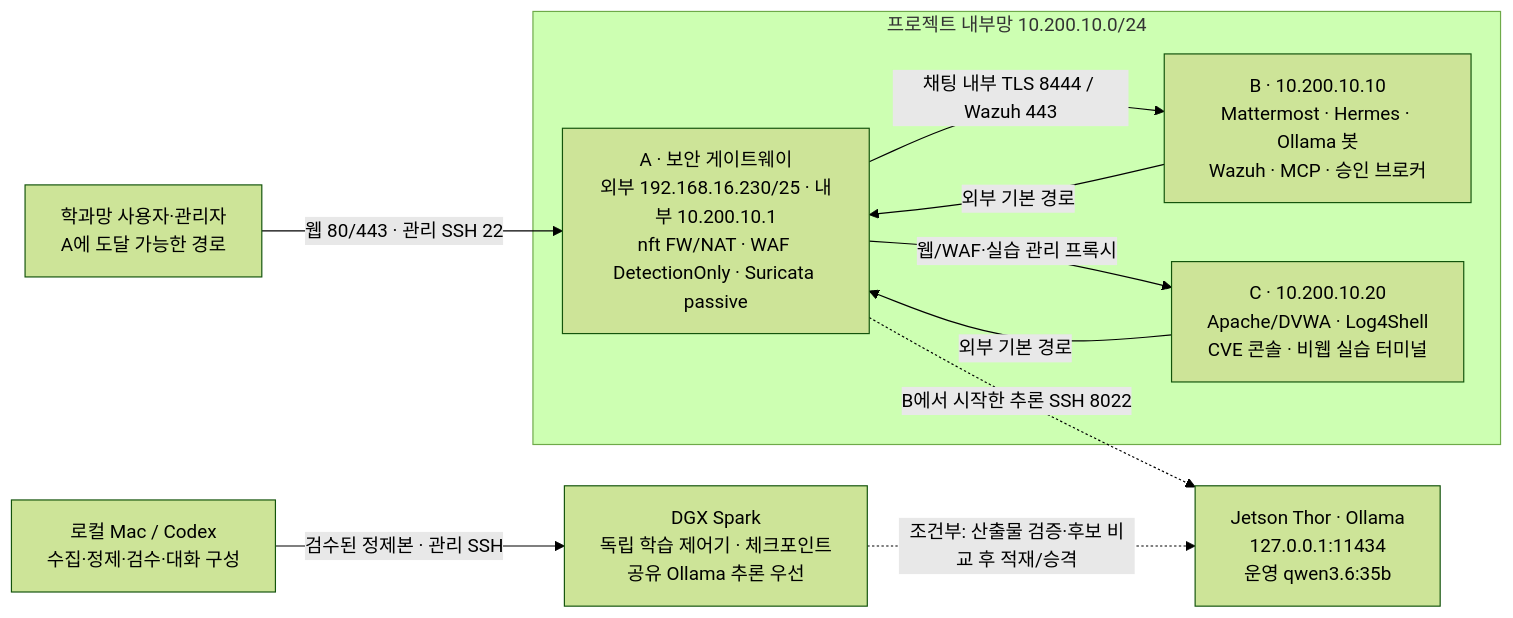
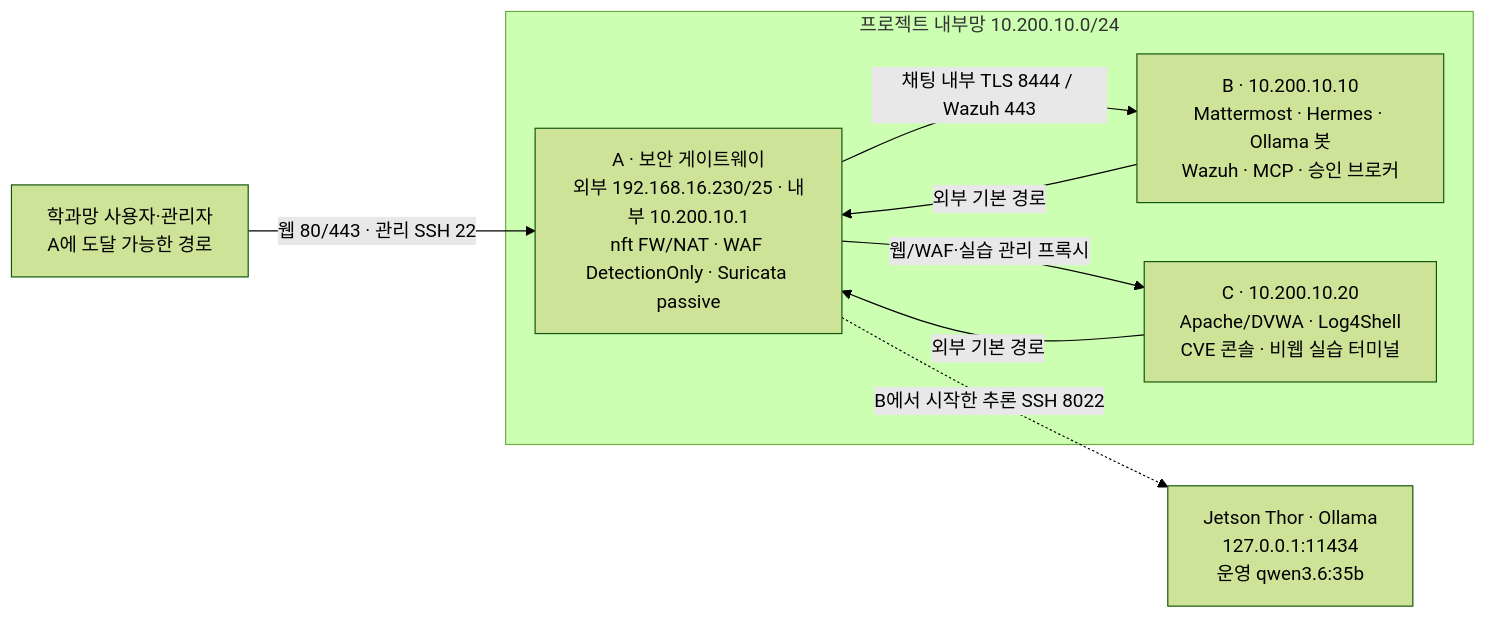
Before and after one commit to 0patata0/Groot_AI_SOC: the first of 2 diagrams in infra/diagrams/README.md, drawn with Mermaid (forest theme). The commit also changed other lines of this file and 12 other files, not shown here.

````diff
--- a/infra/diagrams/README.md
+++ b/infra/diagrams/README.md
@@ -17,18 +17,15 @@
 ```mermaid
 flowchart LR
     U["학과망 사용자·관리자<br/>A에 도달 가능한 경로"] -->|"웹 80/443 · 관리 SSH 22"| A
     subgraph SITE["프로젝트 내부망 10.200.10.0/24"]
         A["A · 보안 게이트웨이<br/>외부 192.168.16.230/25 · 내부 10.200.10.1<br/>nft FW/NAT · WAF DetectionOnly · Suricata passive"]
         B["B · 10.200.10.10<br/>Mattermost · Hermes · Ollama 봇<br/>Wazuh · MCP · 승인 브로커"]
         C["C · 10.200.10.20<br/>Apache/DVWA · Log4Shell<br/>CVE 콘솔 · 비웹 실습 터미널"]
         A -->|"채팅 내부 TLS 8444 / Wazuh 443"| B
         A -->|"웹/WAF·실습 관리 프록시"| C
         B -->|"외부 기본 경로"| A
         C -->|"외부 기본 경로"| A
     end
     T["Jetson Thor · Ollama<br/>127.0.0.1:11434<br/>운영 qwen3.6:35b"]
     A -.->|"B에서 시작한 추론 SSH 8022"| T
-    L["로컬 Mac / Codex<br/>수집·정제·검수·대화 구성"] -->|"검수된 정제본 · 관리 SSH"| D
-    D["DGX Spark<br/>독립 학습 제어기 · 체크포인트<br/>공유 Ollama 추론 우선"]
-    D -.->|"조건부: 산출물 검증·후보 비교 후 적재/승격"| T
 ```
````
